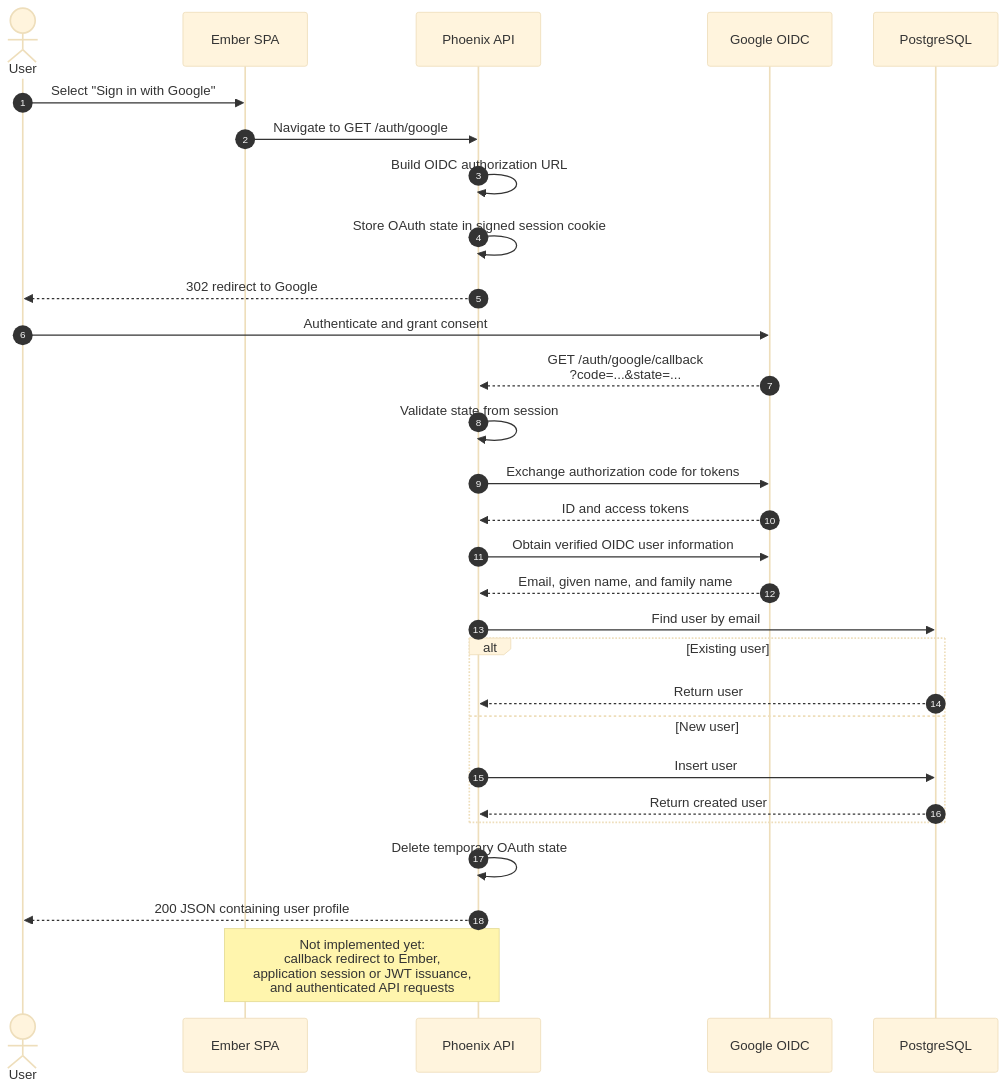
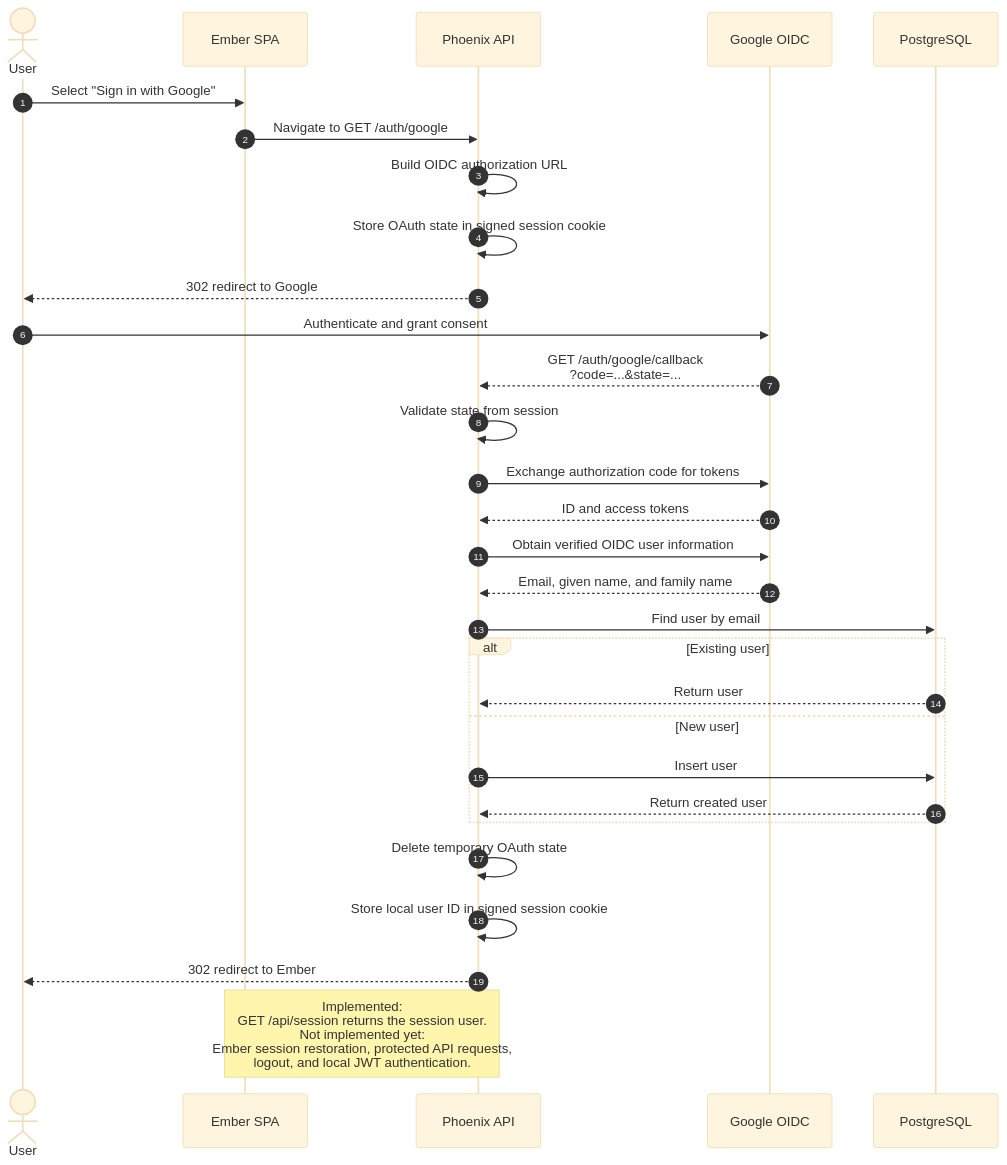
Before and after one commit to egjimenezg/phoenix-ember-sso: the diagram in README.md, drawn with Mermaid (base theme). The commit also changed other lines of this file and 4 other files, not shown here.

````diff
--- a/README.md
+++ b/README.md
@@ -19,40 +85,41 @@
 ```mermaid
 sequenceDiagram
     autonumber
 
     actor User
     participant Ember as Ember SPA
     participant Phoenix as Phoenix API
     participant Google as Google OIDC
     participant DB as PostgreSQL
 
     User->>Ember: Select "Sign in with Google"
     Ember->>Phoenix: Navigate to GET /auth/google
 
     Phoenix->>Phoenix: Build OIDC authorization URL
     Phoenix->>Phoenix: Store OAuth state in signed session cookie
     Phoenix-->>User: 302 redirect to Google
 
     User->>Google: Authenticate and grant consent
     Google-->>Phoenix: GET /auth/google/callback<br/>?code=...&state=...
 
     Phoenix->>Phoenix: Validate state from session
     Phoenix->>Google: Exchange authorization code for tokens
     Google-->>Phoenix: ID and access tokens
     Phoenix->>Google: Obtain verified OIDC user information
     Google-->>Phoenix: Email, given name, and family name
 
     Phoenix->>DB: Find user by email
 
     alt Existing user
         DB-->>Phoenix: Return user
     else New user
         Phoenix->>DB: Insert user
         DB-->>Phoenix: Return created user
     end
 
     Phoenix->>Phoenix: Delete temporary OAuth state
-    Phoenix-->>User: 200 JSON containing user profile
+    Phoenix->>Phoenix: Store local user ID in signed session cookie
+    Phoenix-->>User: 302 redirect to Ember
 
-    Note over Ember,Phoenix: Not implemented yet:<br/>callback redirect to Ember,<br/>application session or JWT issuance,<br/>and authenticated API requests
+    Note over Ember,Phoenix: Implemented:<br/>GET /api/session returns the session user.<br/>Not implemented yet:<br/>Ember session restoration, protected API requests,<br/>logout, and local JWT authentication.
 ```
````
